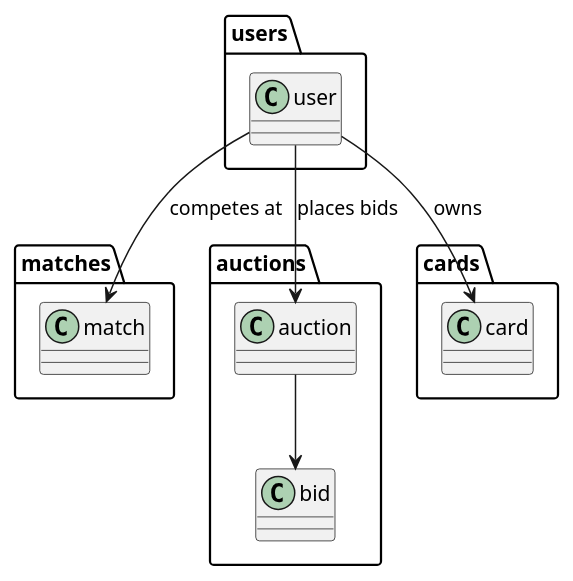
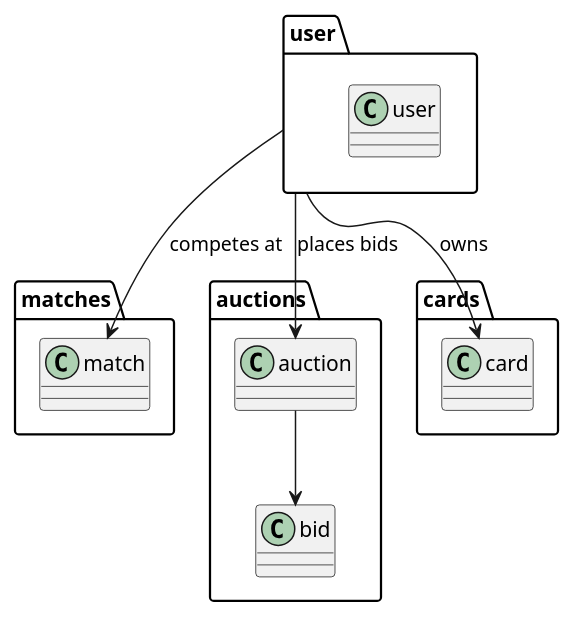
The diagram in docs/design.wsd (Turao/have-fun-go), drawn with PlantUML before and after one commit. The commit also changed 10 other files, not shown here.

Commit message:
Rename users package to user (Go convention)

```diff
--- a/docs/design.wsd
+++ b/docs/design.wsd
@@ -1,26 +1,26 @@
 @startuml design
 
 package matches {
   class match
 }
 
 package auctions {
   class auction
   class bid
 
   auction --> bid
 }
 
 package cards {
   class card
 }
 
-package users {
+package user {
   class user
 }
 
 user --> auction : places bids
 user --> card : owns
 user --> match : competes at
 
 @enduml
```
